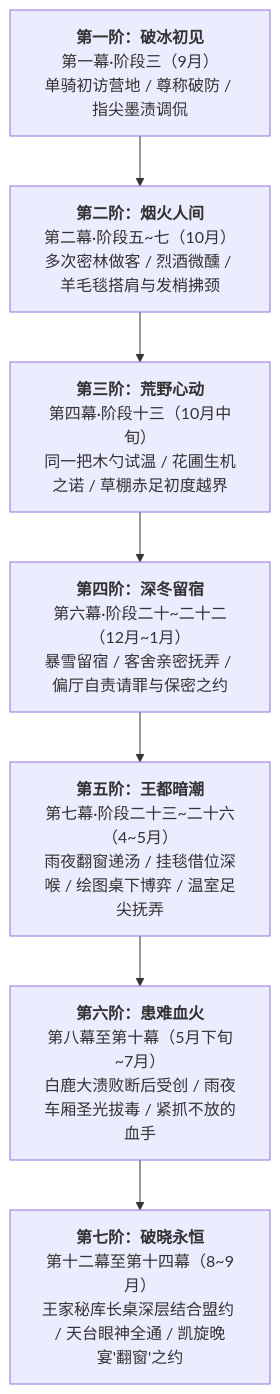
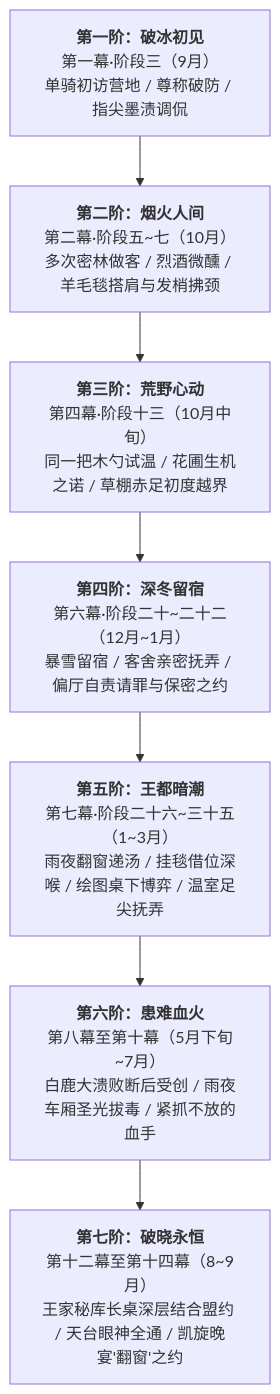
One commit to soranokiseki1437/eldoria-worldbook changed the diagram in 方案/第二部/朱利安NSFW/00_朱利安主线NSFW剧情分布与菲娜关系线总纲.md. Above: the diagram before and after it, drawn with Mermaid. The commit also changed other lines of this file and 19 other files, not shown here.

Commit message:
feat(act7): rework Act 7 stage titles, outlines, and sync NSFW timelines

````diff
--- a/方案/第二部/朱利安NSFW/00_朱利安主线NSFW剧情分布与菲娜关系线总纲.md
+++ b/方案/第二部/朱利安NSFW/00_朱利安主线NSFW剧情分布与菲娜关系线总纲.md
@@ -63,12 +63,12 @@
 ```mermaid
 graph TD
     S1["<b>第一阶：破冰初见</b><br/>第一幕·阶段三（9月）<br/>单骑初访营地 / 尊称破防 / 指尖墨渍调侃"]
     S2["<b>第二阶：烟火人间</b><br/>第二幕·阶段五~七（10月）<br/>多次密林做客 / 烈酒微醺 / 羊毛毯搭肩与发梢拂颈"]
     S3["<b>第三阶：荒野心动</b><br/>第四幕·阶段十三（10月中旬）<br/>同一把木勺试温 / 花圃生机之诺 / 草棚赤足初度越界"]
     S4["<b>第四阶：深冬留宿</b><br/>第六幕·阶段二十~二十二（12月~1月）<br/>暴雪留宿 / 客舍亲密抚弄 / 偏厅自责请罪与保密之约"]
-    S5["<b>第五阶：王都暗潮</b><br/>第七幕·阶段二十三~二十六（4~5月）<br/>雨夜翻窗递汤 / 挂毯借位深喉 / 绘图桌下博弈 / 温室足尖抚弄"]
+    S5["<b>第五阶：王都暗潮</b><br/>第七幕·阶段二十六~三十五（1~3月）<br/>雨夜翻窗递汤 / 挂毯借位深喉 / 绘图桌下博弈 / 温室足尖抚弄"]
     S6["<b>第六阶：患难血火</b><br/>第八幕至第十幕（5月下旬~7月）<br/>白鹿大溃败断后受创 / 雨夜车厢圣光拔毒 / 紧抓不放的血手"]
     S7["<b>第七阶：破晓永恒</b><br/>第十二幕至第十四幕（8~9月）<br/>王家秘库长桌深层结合盟约 / 天台眼神全通 / 凯旋晚宴'翻窗'之约"]
 
     S1 --> S2 --> S3 --> S4 --> S5 --> S6 --> S7
 ```
````
